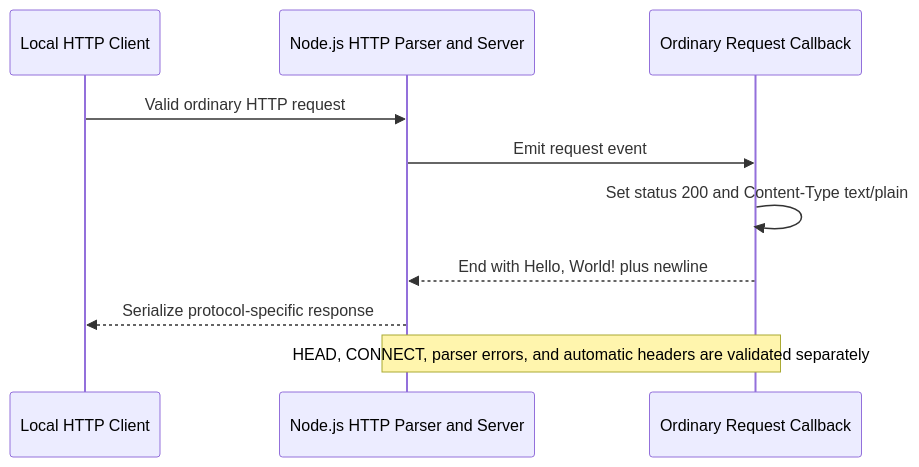
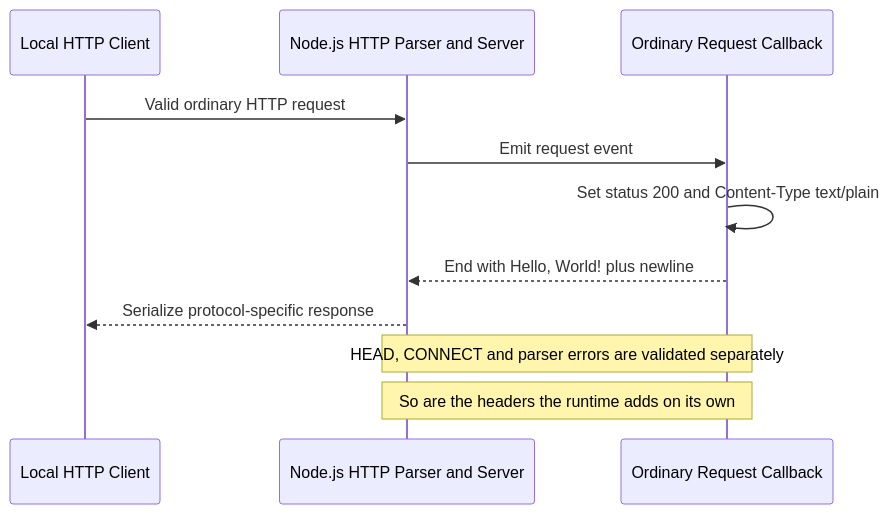
Before and after one commit to ajitblitzy/Ajit_GH_Repo-12-Mar-26: the first of 2 diagrams in docs/areas/networking.md, drawn with Mermaid. The commit also changed other lines of this file and 8 other files, not shown here.

````diff
--- a/docs/areas/networking.md
+++ b/docs/areas/networking.md
@@ -300,12 +321,13 @@
 ```mermaid
 sequenceDiagram
     participant C as Local HTTP Client
     participant N as Node.js HTTP Parser and Server
     participant H as Ordinary Request Callback
     C->>N: Valid ordinary HTTP request
     N->>H: Emit request event
     H->>H: Set status 200 and Content-Type text/plain
     H-->>N: End with Hello, World! plus newline
     N-->>C: Serialize protocol-specific response
-    Note over N,H: HEAD, CONNECT, parser errors, and automatic headers are validated separately
+    Note over N,H: HEAD, CONNECT and parser errors are validated separately
+    Note over N,H: So are the headers the runtime adds on its own
 ```
````
